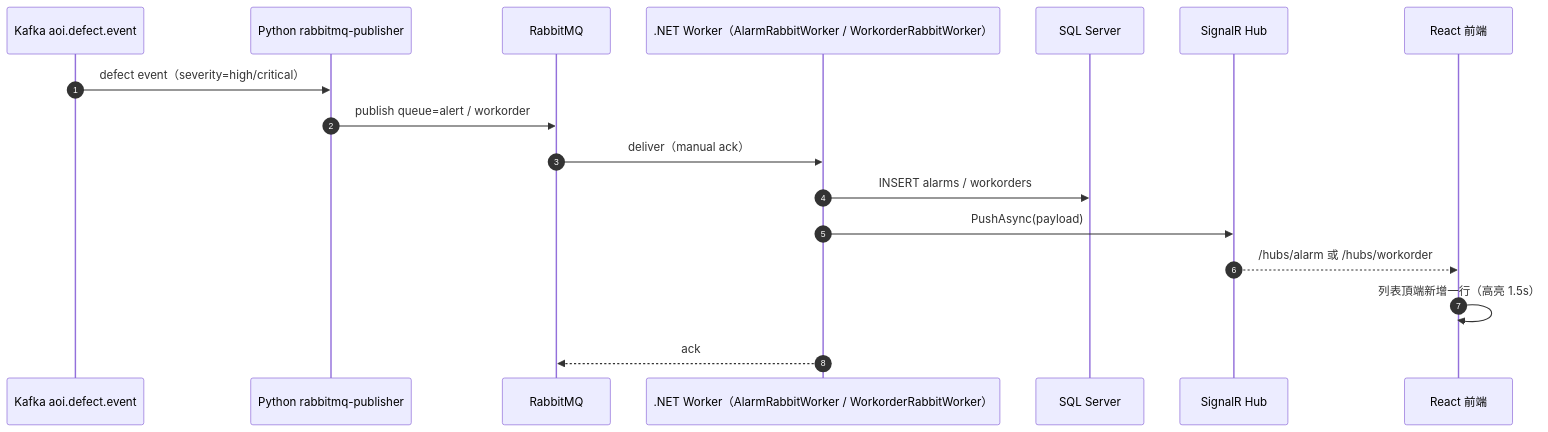
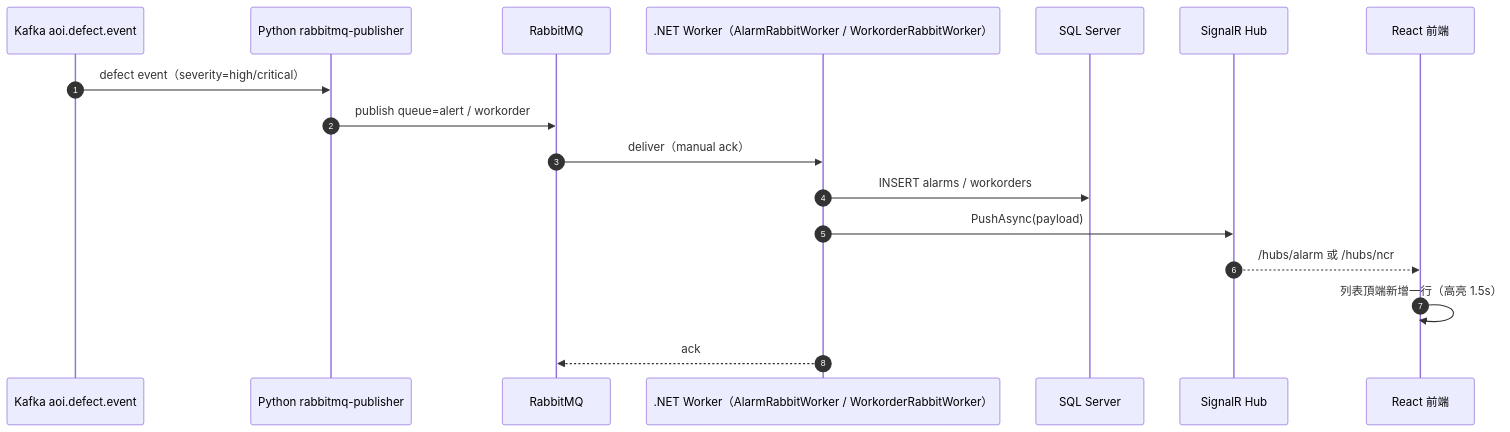
The fourth of 6 diagrams in graph.md (sfad159357/aoi-ops-platform), drawn with Mermaid before and after one commit. The commit also changed other lines of this file and 34 other files, not shown here.

````diff
--- a/graph.md
+++ b/graph.md
@@ -173,20 +173,20 @@
 ```mermaid
 sequenceDiagram
   autonumber
   participant K as Kafka aoi.defect.event
   participant PUB as Python rabbitmq-publisher
   participant Q as RabbitMQ
   participant W as .NET Worker（AlarmRabbitWorker / WorkorderRabbitWorker）
   participant DB as SQL Server
   participant H as SignalR Hub
   participant FE as React 前端
 
   K->>PUB: defect event（severity=high/critical）
   PUB->>Q: publish queue=alert / workorder
   Q->>W: deliver（manual ack）
   W->>DB: INSERT alarms / workorders
   W->>H: PushAsync(payload)
-  H-->>FE: /hubs/alarm 或 /hubs/workorder
+  H-->>FE: /hubs/alarm 或 /hubs/ncr
   FE->>FE: 列表頂端新增一行（高亮 1.5s）
   W-->>Q: ack
 ```
````
